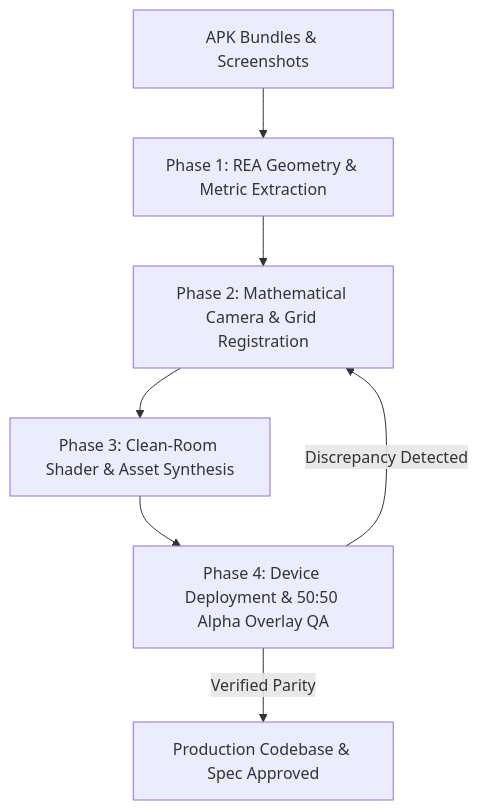
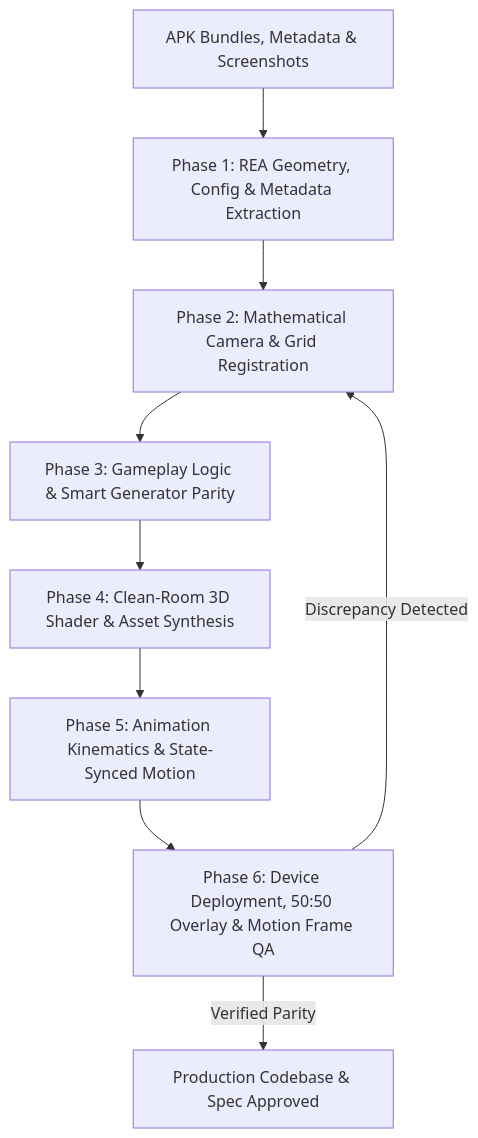
The diagram in rea-screenshot-game-builder/SKILL.md (hwanjongyu/skills), drawn with Mermaid before and after one commit. The commit also changed other lines of this file and 2 other files, not shown here.

Commit message:
docs: enhance README and SKILL documentation for rea-screenshot-game-builder with detailed extraction processes and compliance guidelines

````diff
--- a/rea-screenshot-game-builder/SKILL.md
+++ b/rea-screenshot-game-builder/SKILL.md
@@ -25,9 +29,11 @@
 ```mermaid
 flowchart TD
-    A["APK Bundles & Screenshots"] --> B["Phase 1: REA Geometry & Metric Extraction"]
+    A["APK Bundles, Metadata & Screenshots"] --> B["Phase 1: REA Geometry, Config & Metadata Extraction"]
     B --> C["Phase 2: Mathematical Camera & Grid Registration"]
-    C --> D["Phase 3: Clean-Room Shader & Asset Synthesis"]
-    D --> E["Phase 4: Device Deployment & 50:50 Alpha Overlay QA"]
-    E -->|Discrepancy Detected| C
-    E -->|Verified Parity| F["Production Codebase & Spec Approved"]
+    C --> D["Phase 3: Gameplay Logic & Smart Generator Parity"]
+    D --> E["Phase 4: Clean-Room 3D Shader & Asset Synthesis"]
+    E --> F["Phase 5: Animation Kinematics & State-Synced Motion"]
+    F --> G["Phase 6: Device Deployment, 50:50 Overlay & Motion Frame QA"]
+    G -->|Discrepancy Detected| C
+    G -->|Verified Parity| H["Production Codebase & Spec Approved"]
 ```
````
